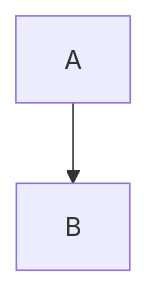
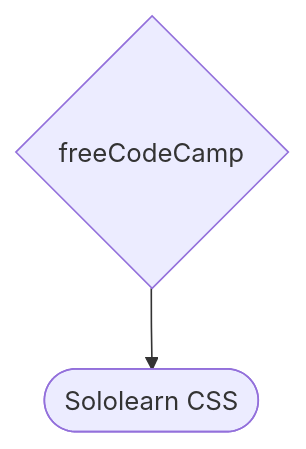
One commit to bazankamil/PersonalRoadmap changed the seventh of 7 diagrams in README.md. Above: the diagram before and after it, drawn with Mermaid. The commit also changed other lines of this file and 1 other file, not shown here.

````diff
--- a/README.md
+++ b/README.md
@@ -139,4 +141,4 @@
 ```mermaid
 flowchart
-A-->B
+A{freeCodeCamp}-->B([Sololearn CSS])
 ```
````
